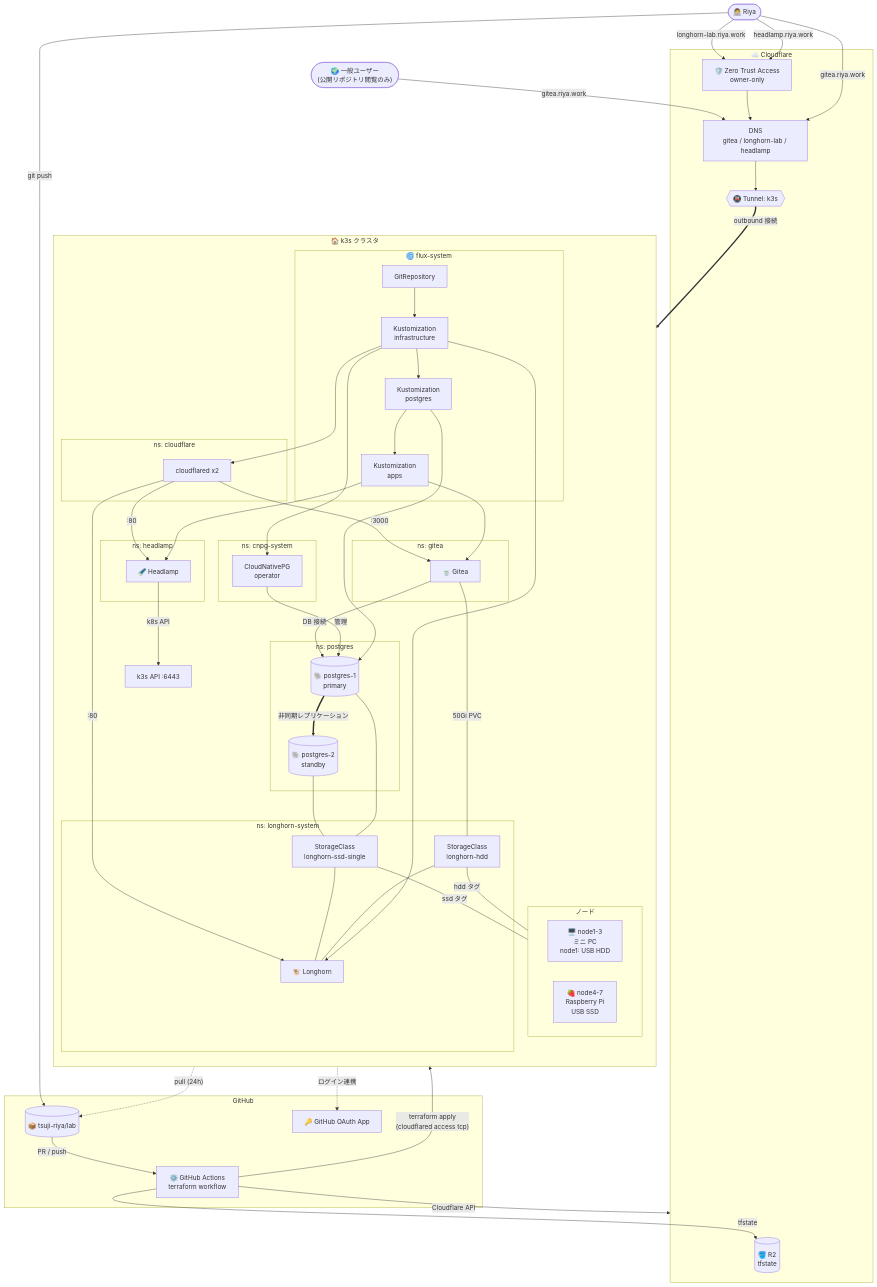
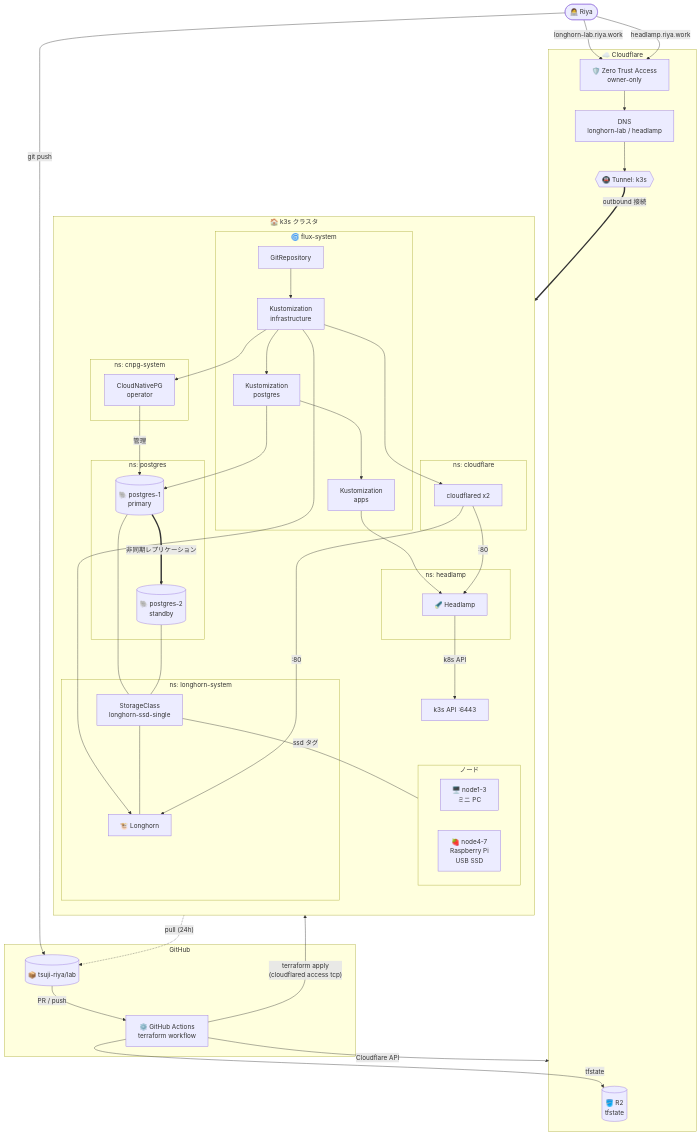
One commit to tsuji-riya/lab changed the first of 3 diagrams in README.md. Above: the diagram before and after it, drawn with Mermaid. The commit also changed other lines of this file and 15 other files, not shown here.

Commit message:
Gitea と HDD ストレージを削除 (#11)

````diff
--- a/README.md
+++ b/README.md
@@ -27,17 +26,15 @@
 ```mermaid
 flowchart TB
     user(["👩‍💻 Riya"])
-    visitor(["🌍 一般ユーザー<br/>(公開リポジトリ閲覧のみ)"])
 
     subgraph GH["GitHub"]
         repo[("📦 tsuji-riya/lab")]
         actions["⚙️ GitHub Actions<br/>terraform workflow"]
-        oauth["🔑 GitHub OAuth App"]
     end
 
     subgraph CF["☁️ Cloudflare"]
         r2[("🪣 R2<br/>tfstate")]
-        dns["DNS<br/>gitea / longhorn-lab / headlamp"]
+        dns["DNS<br/>longhorn-lab / headlamp"]
         access["🛡️ Zero Trust Access<br/>owner-only"]
         tunnel{{"🚇 Tunnel: k3s"}}
     end
@@ -48,7 +45,7 @@
 
         subgraph NODES["ノード"]
             direction LR
-            mini["🖥️ node1-3<br/>ミニ PC<br/>node1: USB HDD"]
+            mini["🖥️ node1-3<br/>ミニ PC"]
             pi["🍓 node4-7<br/>Raspberry Pi<br/>USB SSD"]
         end
 
@@ -65,7 +62,6 @@
 
         subgraph NS_LH["ns: longhorn-system"]
             lh["🐮 Longhorn"]
-            sc_hdd["StorageClass<br/>longhorn-hdd"]
             sc_ssd["StorageClass<br/>longhorn-ssd-single"]
         end
 
@@ -76,10 +72,6 @@
         subgraph NS_PG["ns: postgres"]
             pgp[("🐘 postgres-1<br/>primary")]
             pgs[("🐘 postgres-2<br/>standby")]
-        end
-
-        subgraph NS_GITEA["ns: gitea"]
-            gitea["🍵 Gitea"]
         end
 
         subgraph NS_HL["ns: headlamp"]
@@ -100,30 +92,20 @@
     ks_infra --> cnpg
     ks_infra --> cfd
     ks_pg --> pgp
-    ks_apps --> gitea
     ks_apps --> headlamp
 
     cnpg -- "管理" --> pgp
     pgp == "非同期レプリケーション" ==> pgs
     pgp --- sc_ssd
     pgs --- sc_ssd
-    gitea -- "50Gi PVC" --- sc_hdd
-    sc_hdd -- "hdd タグ" --- mini
     sc_ssd -- "ssd タグ" --- pi
-    sc_hdd --- lh
     sc_ssd --- lh
-
-    gitea -- "DB 接続" --> pgp
-    gitea -. "ログイン連携" .-> oauth
 
     user -- "longhorn-lab.riya.work" --> access
     user -- "headlamp.riya.work" --> access
-    user -- "gitea.riya.work" --> dns
-    visitor -- "gitea.riya.work" --> dns
     access --> dns
     dns --> tunnel
     tunnel == "outbound 接続" ==> cfd
-    cfd -- ":3000" --> gitea
     cfd -- ":80" --> lh
     cfd -- ":80" --> headlamp
     headlamp -- "k8s API" --> api
````
